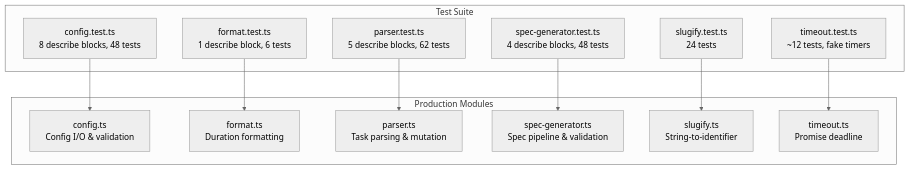
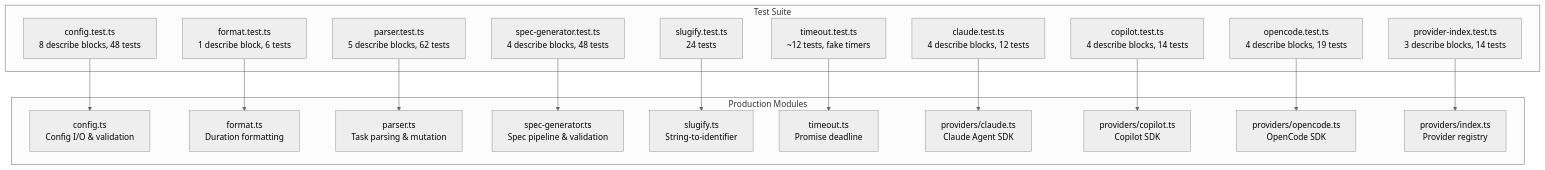
The diagram in docs/testing/overview.md (PatrickRuddiman/Dispatch), drawn with Mermaid (neutral theme) before and after one commit. The commit also changed other lines of this file and 66 other files, not shown here.

````diff
--- a/docs/testing/overview.md
+++ b/docs/testing/overview.md
@@ -105,27 +110,39 @@
 ```mermaid
 graph TD
     subgraph "Test Suite"
         CT["config.test.ts<br/>8 describe blocks, 48 tests"]
         FT["format.test.ts<br/>1 describe block, 6 tests"]
         PT["parser.test.ts<br/>5 describe blocks, 62 tests"]
         ST["spec-generator.test.ts<br/>4 describe blocks, 48 tests"]
         SLT["slugify.test.ts<br/>24 tests"]
         TOT["timeout.test.ts<br/>~12 tests, fake timers"]
+        CLT["claude.test.ts<br/>4 describe blocks, 12 tests"]
+        CPT["copilot.test.ts<br/>4 describe blocks, 14 tests"]
+        OCT["opencode.test.ts<br/>4 describe blocks, 19 tests"]
+        PIT["provider-index.test.ts<br/>3 describe blocks, 14 tests"]
     end
 
     subgraph "Production Modules"
         C["config.ts<br/>Config I/O &amp; validation"]
         F["format.ts<br/>Duration formatting"]
         P["parser.ts<br/>Task parsing &amp; mutation"]
         S["spec-generator.ts<br/>Spec pipeline &amp; validation"]
         SL["slugify.ts<br/>String-to-identifier"]
         TO["timeout.ts<br/>Promise deadline"]
+        CLP["providers/claude.ts<br/>Claude Agent SDK"]
+        CPP["providers/copilot.ts<br/>Copilot SDK"]
+        OCP["providers/opencode.ts<br/>OpenCode SDK"]
+        PI["providers/index.ts<br/>Provider registry"]
     end
 
     CT --> C
     FT --> F
     PT --> P
     ST --> S
     SLT --> SL
     TOT --> TO
+    CLT --> CLP
+    CPT --> CPP
+    OCT --> OCP
+    PIT --> PI
 ```
````
